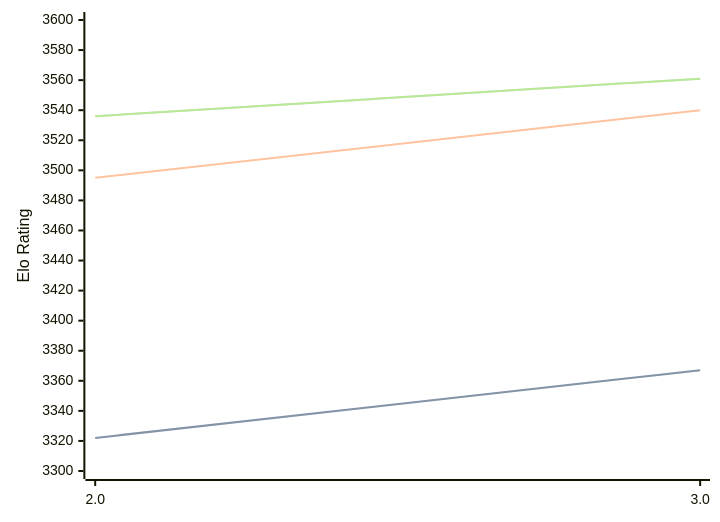
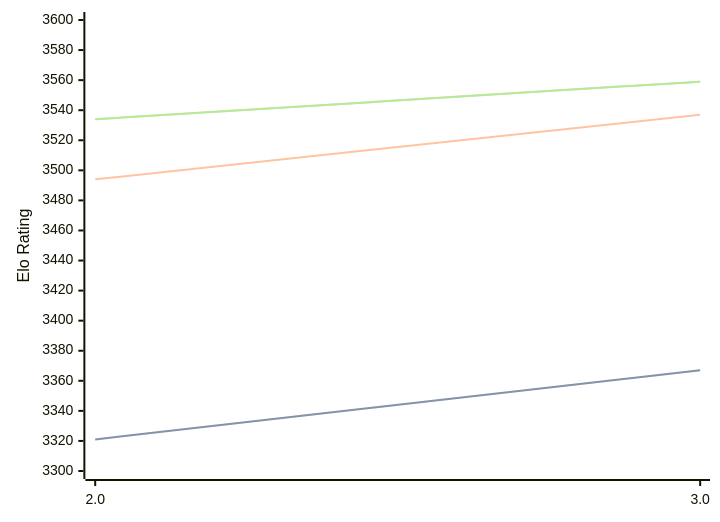
Before and after one commit to computer-chess-index/cci: the diagram in engines/Quanticade.md, drawn with Mermaid. The commit also changed other lines of this file, not shown here.

Commit message:
Update CCI Ratings (ELO VLTC) - 2026-03-31

````diff
--- a/engines/Quanticade.md
+++ b/engines/Quanticade.md
@@ -41,11 +41,11 @@
 ```mermaid
 %%{init: {"theme":"base","themeVariables":{"seriesColors:['#a3a3a3','#222221','#faa371']}}}%%
 xychart-beta
   x-axis ["2.0", "3.0"]
   y-axis "Elo Rating" 3300 --> 3600
-  line "STC (8.0+0.08s)" [3322, 3367]
-  line "STC (8.0+0.08s)" [3322, 3367]
-  line "LTC (60.0+0.60s)" [3495, 3540]
-  line "VLTC (2m24s+1.12s)" [3536, 3561]
-  line "VLTC (2m24s+1.12s)" [3536, 3561]
+  line "STC (8.0+0.08s)" [3321, 3367]
+  line "STC (8.0+0.08s)" [3321, 3367]
+  line "LTC (60.0+0.60s)" [3494, 3537]
+  line "VLTC (2m24s+1.12s)" [3534, 3559]
+  line "VLTC (2m24s+1.12s)" [3534, 3559]
 ```
````
